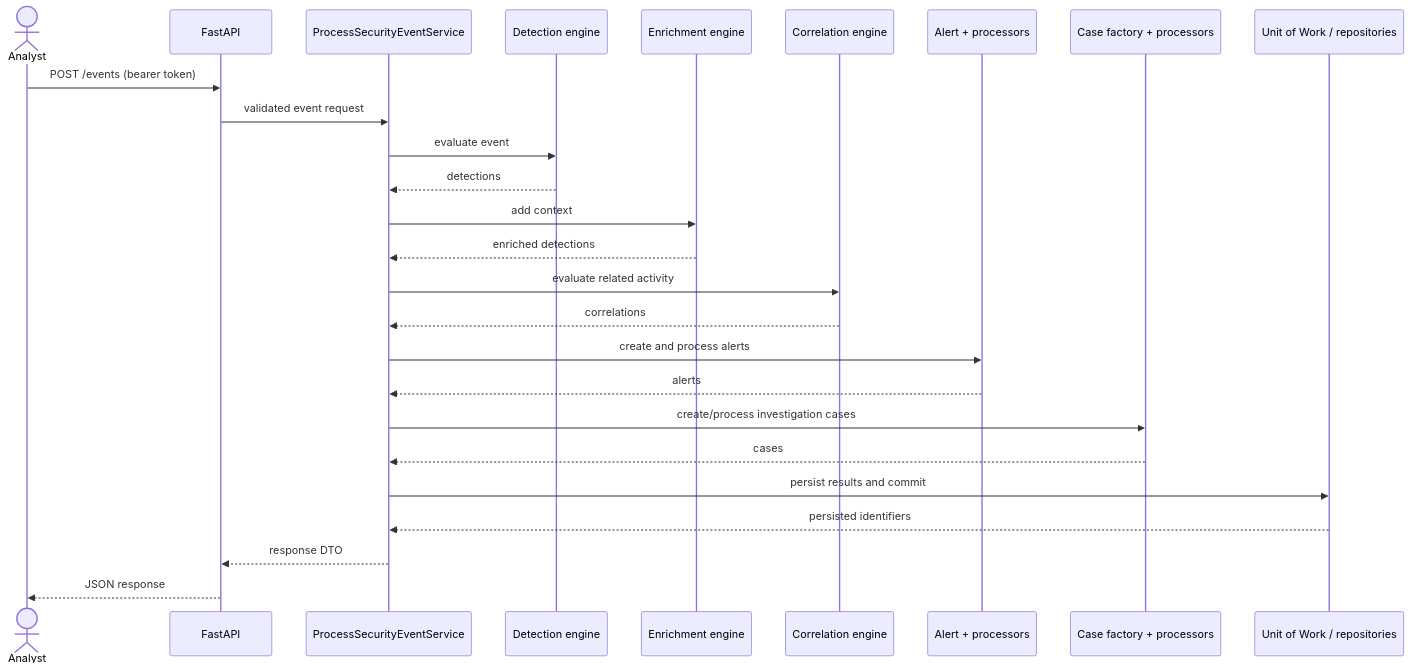
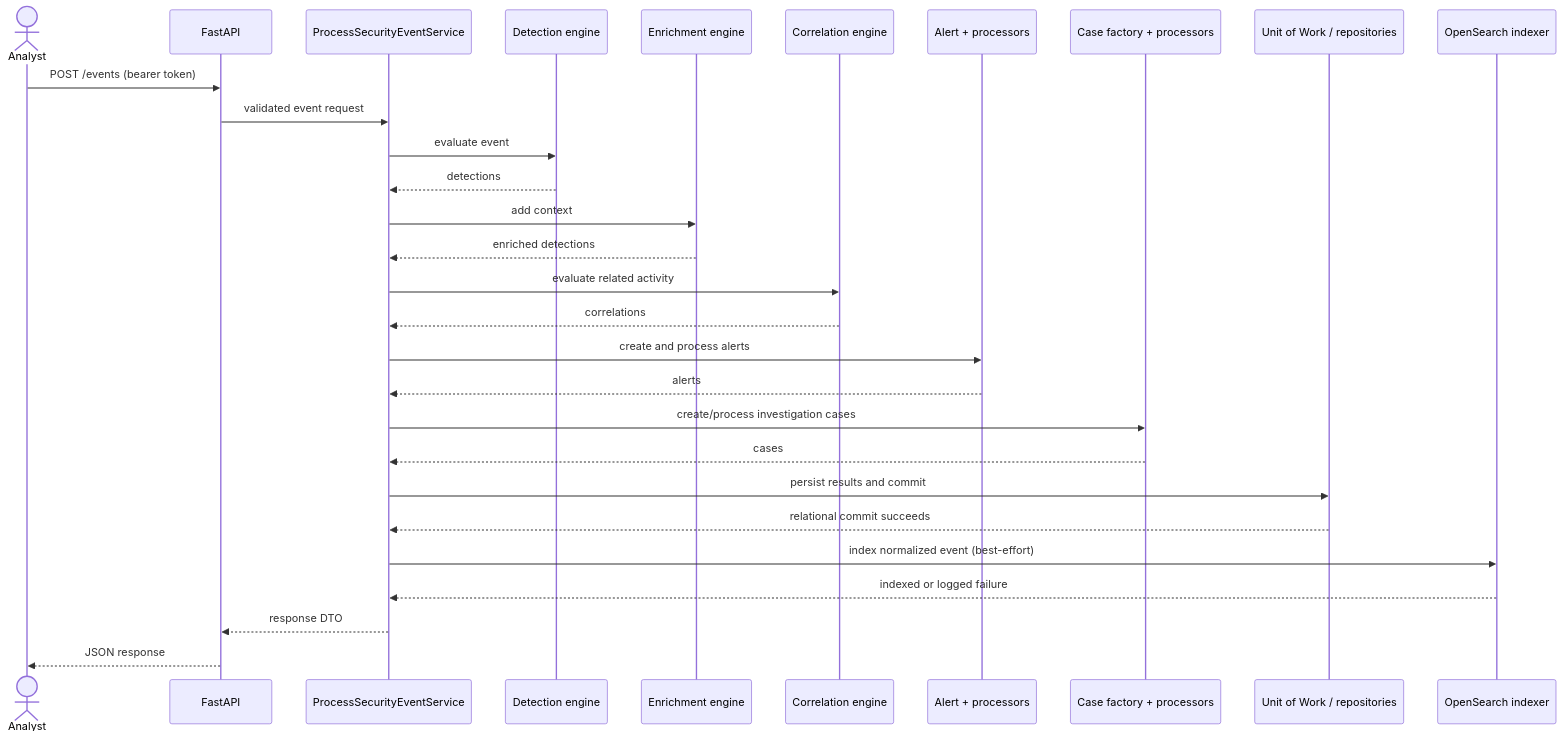
The second of 3 diagrams in docs/ARCHITECTURE.md (MikeYu76/soc-platform), drawn with Mermaid before and after one commit. The commit also changed other lines of this file and 12 other files, not shown here.

Commit message:
Index processed security events in OpenSearch

````diff
--- a/docs/ARCHITECTURE.md
+++ b/docs/ARCHITECTURE.md
@@ -27,28 +27,31 @@
 ```mermaid
 sequenceDiagram
     actor Analyst
     participant API as FastAPI
     participant UseCase as ProcessSecurityEventService
     participant Detect as Detection engine
     participant Enrich as Enrichment engine
     participant Correlate as Correlation engine
     participant Alert as Alert + processors
     participant Case as Case factory + processors
     participant UoW as Unit of Work / repositories
+    participant Search as OpenSearch indexer
     Analyst->>API: POST /events (bearer token)
     API->>UseCase: validated event request
     UseCase->>Detect: evaluate event
     Detect-->>UseCase: detections
     UseCase->>Enrich: add context
     Enrich-->>UseCase: enriched detections
     UseCase->>Correlate: evaluate related activity
     Correlate-->>UseCase: correlations
     UseCase->>Alert: create and process alerts
     Alert-->>UseCase: alerts
     UseCase->>Case: create/process investigation cases
     Case-->>UseCase: cases
     UseCase->>UoW: persist results and commit
-    UoW-->>UseCase: persisted identifiers
+    UoW-->>UseCase: relational commit succeeds
+    UseCase->>Search: index normalized event (best-effort)
+    Search-->>UseCase: indexed or logged failure
     UseCase-->>API: response DTO
     API-->>Analyst: JSON response
 ```
````
